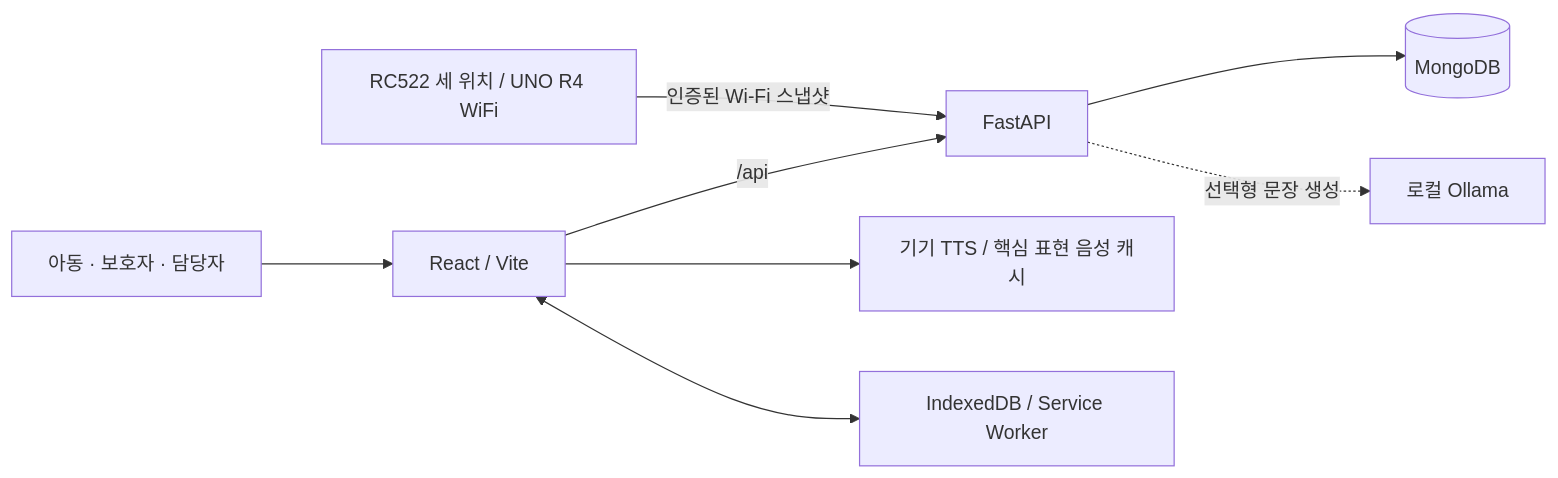
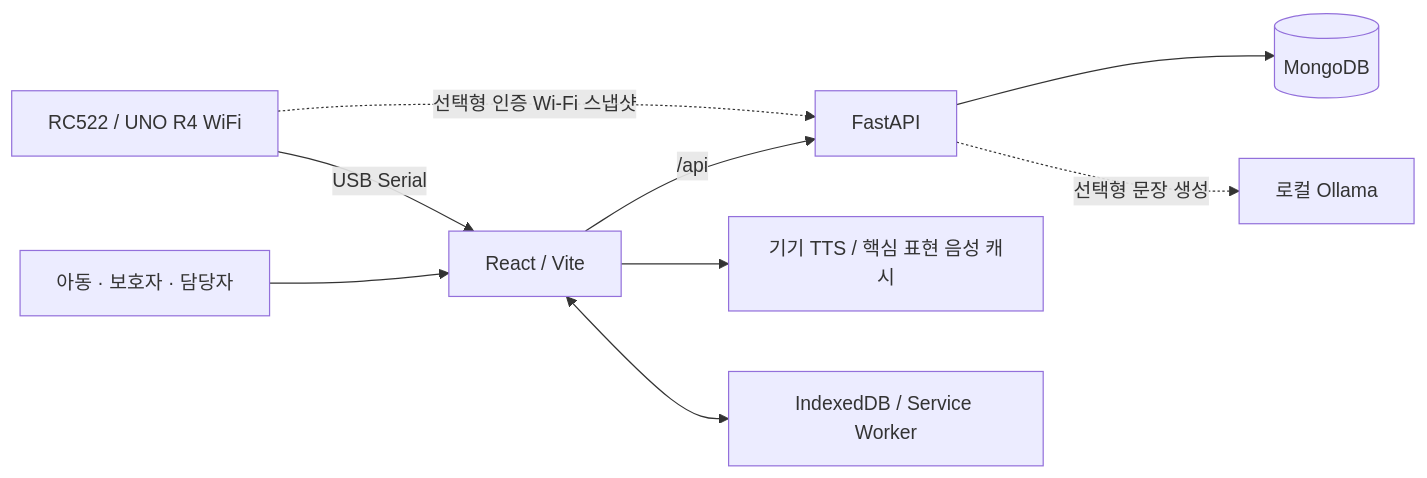
One commit to PECS-MATE/pesc-mate changed the diagram in README.md. Above: the diagram before and after it, drawn with Mermaid. The commit also changed other lines of this file and 22 other files, not shown here.

````diff
--- a/README.md
+++ b/README.md
@@ -114,10 +116,11 @@
 ```mermaid
 flowchart LR
     User["아동 · 보호자 · 담당자"] --> Web["React / Vite"]
     Web -->|/api| API["FastAPI"]
-    RFID["RC522 세 위치 / UNO R4 WiFi"] -->|"인증된 Wi-Fi 스냅샷"| API
+    RFID["RC522 / UNO R4 WiFi"] -->|"USB Serial"| Web
+    RFID -. "선택형 인증 Wi-Fi 스냅샷" .-> API
     API --> DB[("MongoDB")]
     API -. "선택형 문장 생성" .-> LLM["로컬 Ollama"]
     Web --> Voice["기기 TTS / 핵심 표현 음성 캐시"]
     Web <--> Cache["IndexedDB / Service Worker"]
 ```
````
